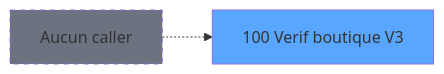
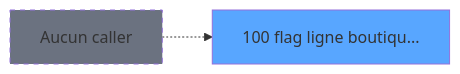
The second of 3 diagrams in .openspec/specs/ADH-IDE-100.md (thonyAGP/lecteur-magic), drawn with Mermaid before and after one commit. The commit also changed other lines of this file and 7552 other files, not shown here.

````diff
--- a/.openspec/specs/ADH-IDE-100.md
+++ b/.openspec/specs/ADH-IDE-100.md
@@ -169,8 +165,8 @@
 ```mermaid
 graph LR
-    T100[100 Verif boutique V3]
+    T100[100 flag ligne boutiqu...]
     style T100 fill:#58a6ff
     NONE[Aucun caller]
     NONE -.-> T100
     style NONE fill:#6b7280,stroke-dasharray: 5 5
 ```
````
